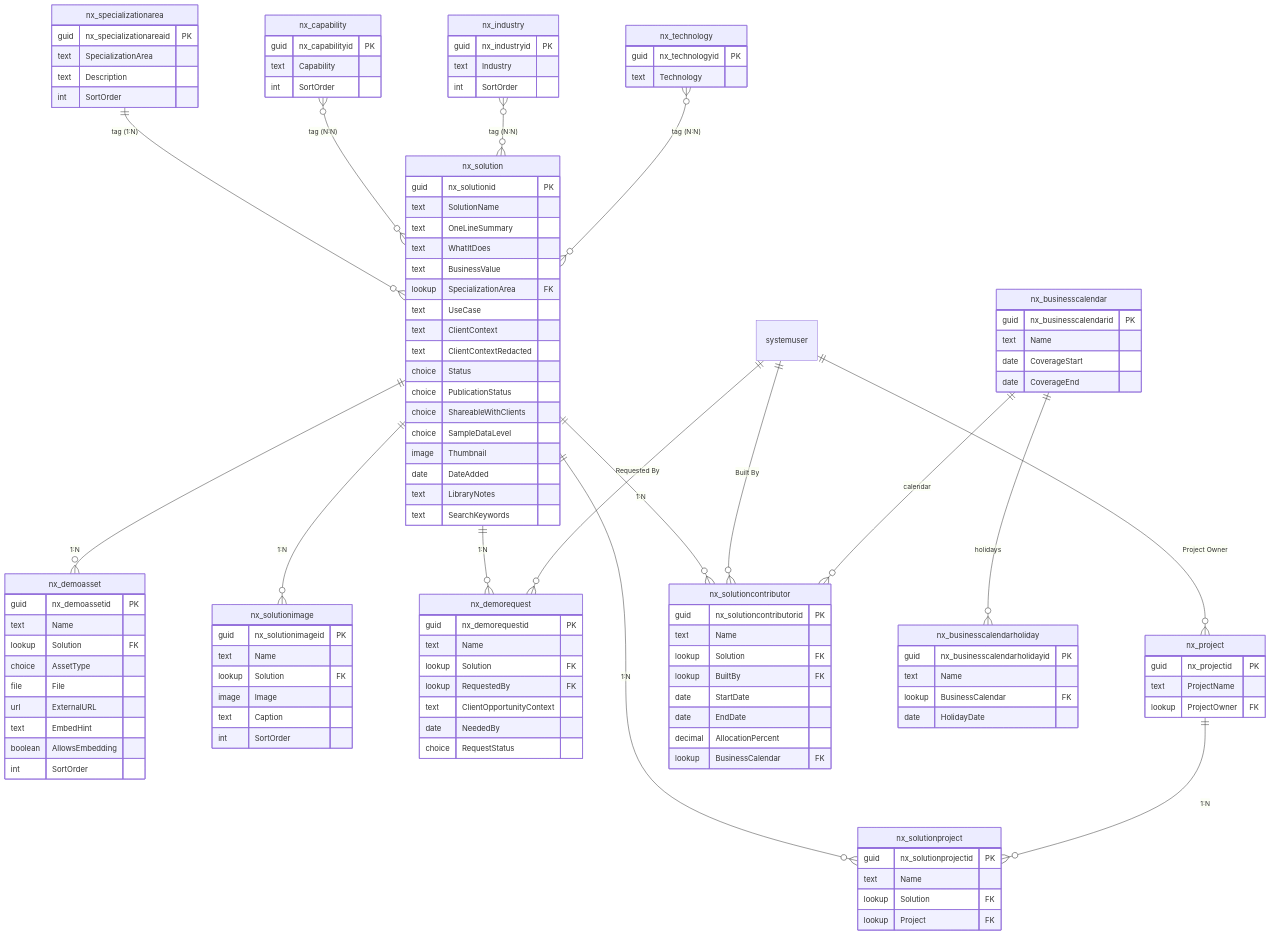
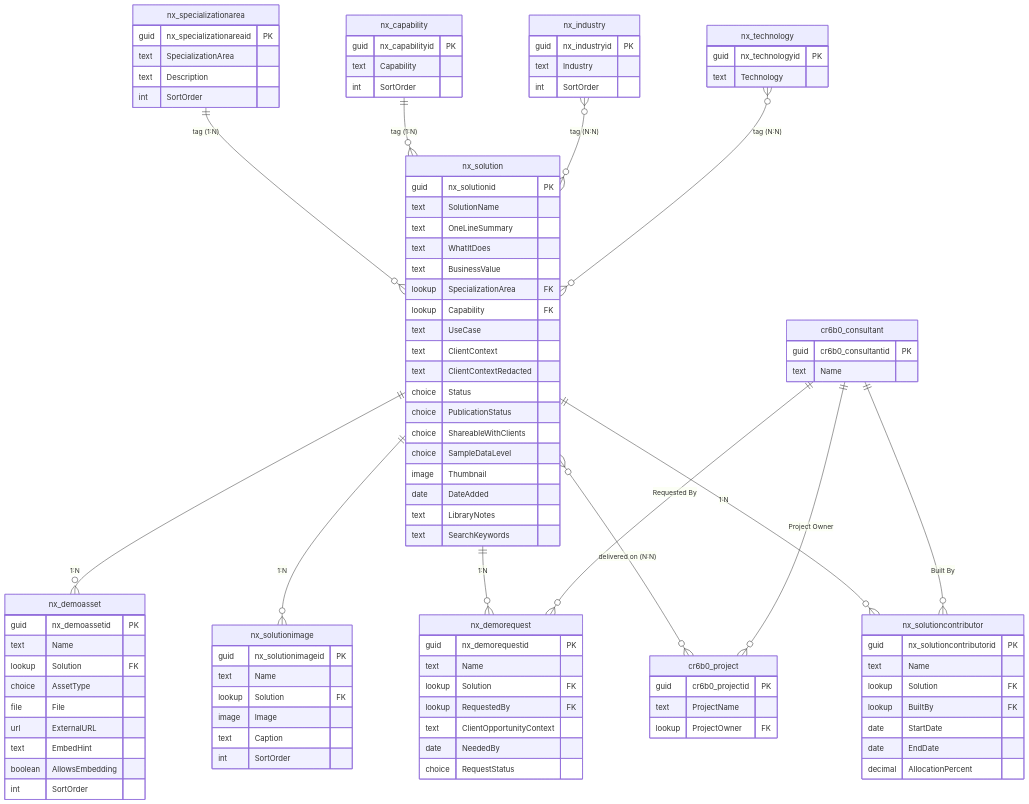
Before and after one commit to lpreciado-nextant/PRISMA: the first of 3 diagrams in docs/data_model/SchemaV2.md, drawn with Mermaid. The commit also changed other lines of this file and 8 other files, not shown here.

````diff
--- a/docs/data_model/SchemaV2.md
+++ b/docs/data_model/SchemaV2.md
@@ -23,20 +30,17 @@
 ```mermaid
 erDiagram
     nx_specializationarea ||--o{ nx_solution : "tag (1:N)"
-    nx_capability }o--o{ nx_solution : "tag (N:N)"
+    nx_capability ||--o{ nx_solution : "tag (1:N)"
     nx_industry }o--o{ nx_solution : "tag (N:N)"
     nx_technology }o--o{ nx_solution : "tag (N:N)"
     nx_solution ||--o{ nx_demoasset : "1:N"
     nx_solution ||--o{ nx_solutionimage : "1:N"
     nx_solution ||--o{ nx_demorequest : "1:N"
-    nx_solution ||--o{ nx_solutionproject : "1:N"
-    nx_project ||--o{ nx_solutionproject : "1:N"
+    nx_solution }o--o{ cr6b0_project : "delivered on (N:N)"
     nx_solution ||--o{ nx_solutioncontributor : "1:N"
-    systemuser ||--o{ nx_solutioncontributor : "Built By"
-    nx_businesscalendar ||--o{ nx_solutioncontributor : "calendar"
-    nx_businesscalendar ||--o{ nx_businesscalendarholiday : "holidays"
-    systemuser ||--o{ nx_demorequest : "Requested By"
-    systemuser ||--o{ nx_project : "Project Owner"
+    cr6b0_consultant ||--o{ nx_solutioncontributor : "Built By"
+    cr6b0_consultant ||--o{ nx_demorequest : "Requested By"
+    cr6b0_consultant ||--o{ cr6b0_project : "Project Owner"
 
     nx_solution {
         guid nx_solutionid PK
@@ -45,6 +49,7 @@
         text WhatItDoes
         text BusinessValue
         lookup SpecializationArea FK
+        lookup Capability FK
         text UseCase
         text ClientContext
         text ClientContextRedacted
@@ -71,19 +76,6 @@
         date StartDate
         date EndDate
         decimal AllocationPercent
-        lookup BusinessCalendar FK
-    }
-    nx_businesscalendar {
-        guid nx_businesscalendarid PK
-        text Name
-        date CoverageStart
-        date CoverageEnd
-    }
-    nx_businesscalendarholiday {
-        guid nx_businesscalendarholidayid PK
-        text Name
-        lookup BusinessCalendar FK
-        date HolidayDate
     }
     nx_capability {
         guid nx_capabilityid PK
@@ -127,15 +119,13 @@
         date NeededBy
         choice RequestStatus
     }
-    nx_project {
-        guid nx_projectid PK
+    cr6b0_project {
+        guid cr6b0_projectid PK
         text ProjectName
         lookup ProjectOwner FK
     }
-    nx_solutionproject {
-        guid nx_solutionprojectid PK
+    cr6b0_consultant {
+        guid cr6b0_consultantid PK
         text Name
-        lookup Solution FK
-        lookup Project FK
     }
 ```
````
